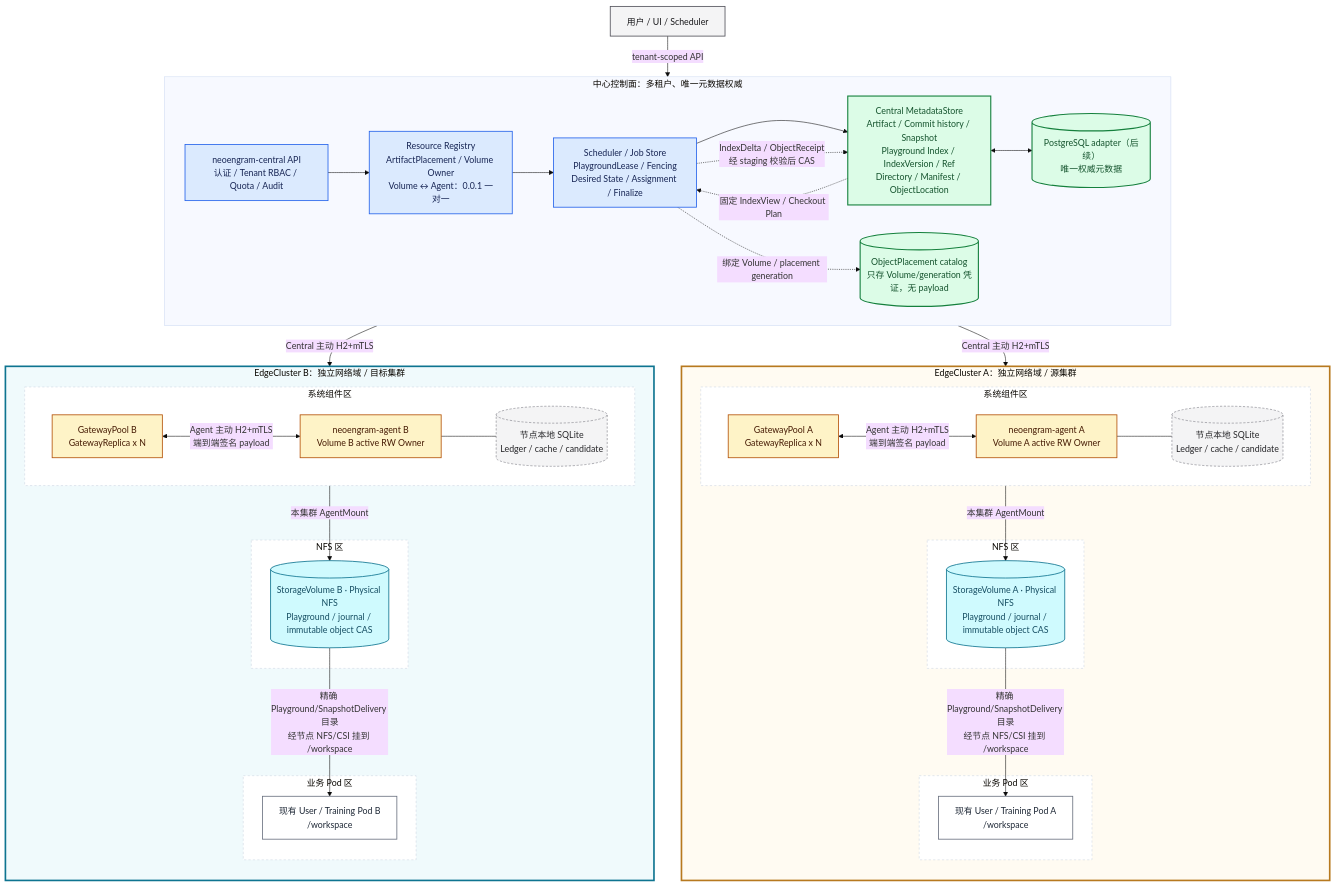
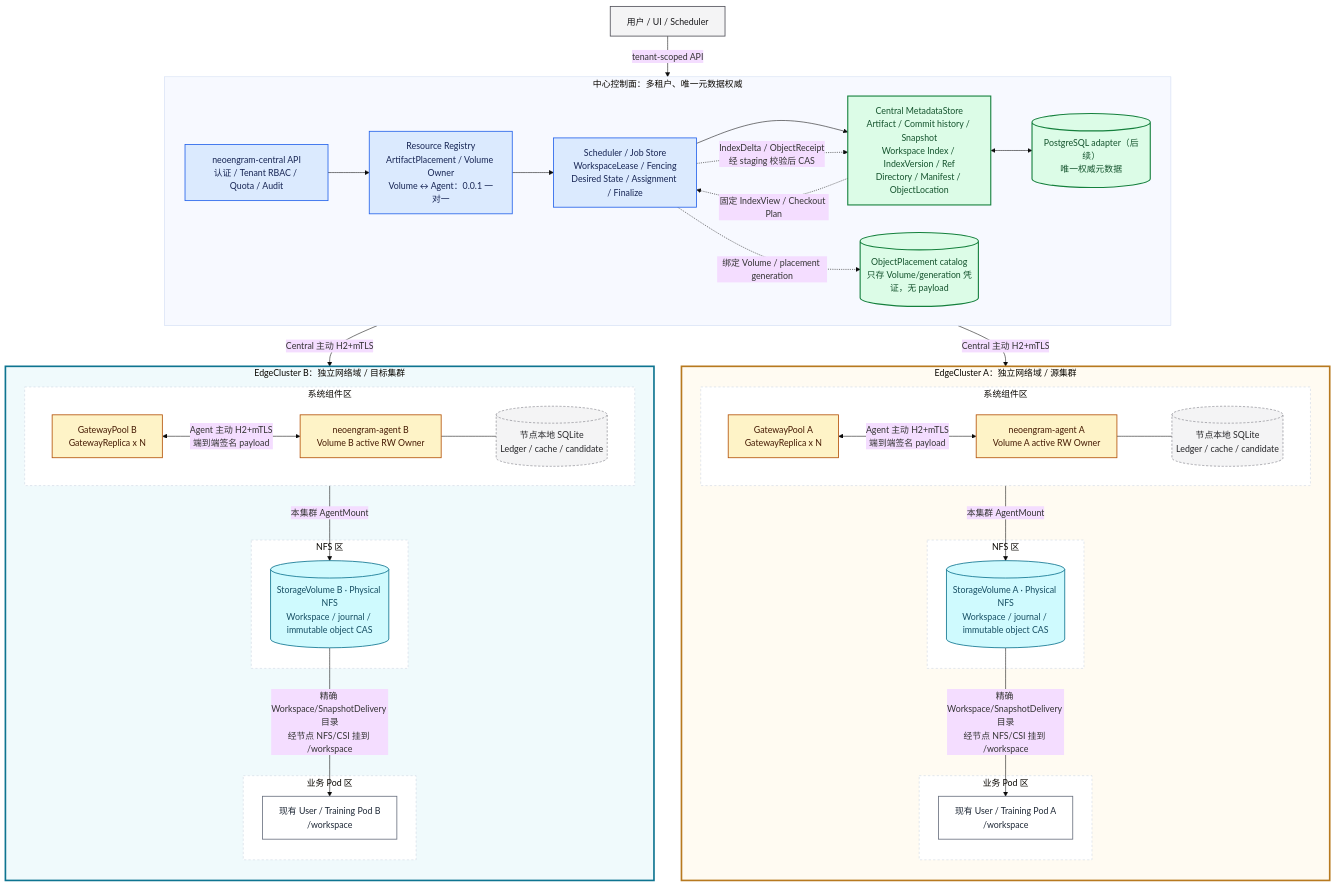
The diagram in docs/architecture/control-plane.md (kwsc98/neoengram), drawn with Mermaid (base theme) before and after one commit. The commit also changed other lines of this file and 212 other files, not shown here.

Commit message:
feat: unify product tasks and workspace flows

```diff
--- a/docs/architecture/control-plane.md
+++ b/docs/architecture/control-plane.md
@@ -383,8 +383,8 @@
         direction LR
         API["neoengram-central API<br/>认证 / Tenant RBAC / Quota / Audit"]
         REGISTRY["Resource Registry<br/>ArtifactPlacement / Volume Owner<br/>Volume ↔ Agent：0.0.1 一对一"]
-        JOBS["Scheduler / Job Store<br/>PlaygroundLease / Fencing<br/>Desired State / Assignment / Finalize"]
-        META["Central MetadataStore<br/>Artifact / Commit history / Snapshot<br/>Playground Index / IndexVersion / Ref<br/>Directory / Manifest / ObjectLocation"]
+        JOBS["Scheduler / Job Store<br/>WorkspaceLease / Fencing<br/>Desired State / Assignment / Finalize"]
+        META["Central MetadataStore<br/>Artifact / Commit history / Snapshot<br/>Workspace Index / IndexVersion / Ref<br/>Directory / Manifest / ObjectLocation"]
         PG[("PostgreSQL adapter（后续）<br/>唯一权威元数据")]
         PLACEMENTS[("ObjectPlacement catalog<br/>只存 Volume/generation 凭证，无 payload")]
 
@@ -403,13 +403,13 @@
             AGENT_A --- LOCAL_A
         end
         subgraph NFS_ZONE_A["NFS 区"]
-            NFS_A[("StorageVolume A · Physical NFS<br/>Playground / journal / immutable object CAS")]
+            NFS_A[("StorageVolume A · Physical NFS<br/>Workspace / journal / immutable object CAS")]
         end
         subgraph BIZ_A["业务 Pod 区"]
             POD_A["现有 User / Training Pod A<br/>/workspace"]
         end
         AGENT_A -->|"本集群 AgentMount"| NFS_A
-        NFS_A -->|"精确 Playground/SnapshotDelivery 目录<br/>经节点 NFS/CSI 挂到 /workspace"| POD_A
+        NFS_A -->|"精确 Workspace/SnapshotDelivery 目录<br/>经节点 NFS/CSI 挂到 /workspace"| POD_A
     end
 
     subgraph CLUSTER_B["EdgeCluster B：独立网络域 / 目标集群"]
@@ -422,13 +422,13 @@
             AGENT_B --- LOCAL_B
         end
         subgraph NFS_ZONE_B["NFS 区"]
-            NFS_B[("StorageVolume B · Physical NFS<br/>Playground / journal / immutable object CAS")]
+            NFS_B[("StorageVolume B · Physical NFS<br/>Workspace / journal / immutable object CAS")]
         end
         subgraph BIZ_B["业务 Pod 区"]
             POD_B["现有 User / Training Pod B<br/>/workspace"]
         end
         AGENT_B -->|"本集群 AgentMount"| NFS_B
-        NFS_B -->|"精确 Playground/SnapshotDelivery 目录<br/>经节点 NFS/CSI 挂到 /workspace"| POD_B
+        NFS_B -->|"精确 Workspace/SnapshotDelivery 目录<br/>经节点 NFS/CSI 挂到 /workspace"| POD_B
     end
 
     USER -->|"tenant-scoped API"| API
```
